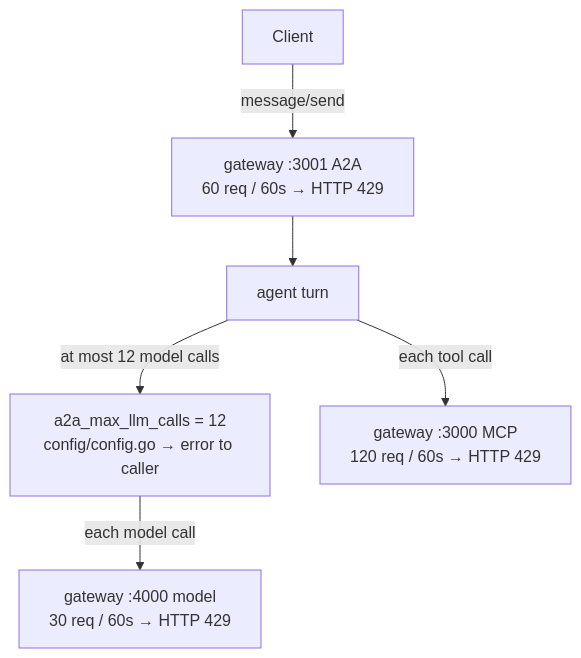
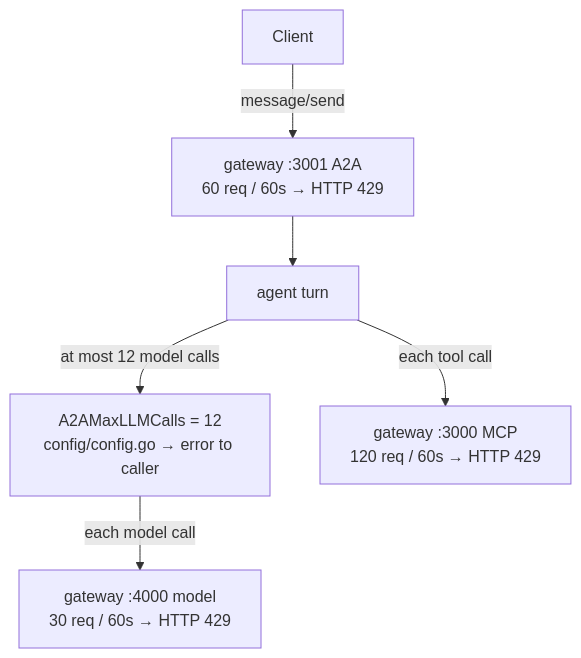
The first of 2 diagrams in content/7. Observability/7.3. Costs.md (LuiGGi629/agentops-open-course), drawn with Mermaid before and after one commit. The commit also changed other lines of this file and 16 other files, not shown here.

````diff
--- a/content/7. Observability/7.3. Costs.md
+++ b/content/7. Observability/7.3. Costs.md
@@ -72,8 +72,8 @@
 ```mermaid
 flowchart TD
   Client[Client] -->|message/send| A2A["gateway :3001 A2A<br/>60 req / 60s → HTTP 429"]
   A2A --> Agent[agent turn]
-  Agent -->|at most 12 model calls| Cap["a2a_max_llm_calls = 12<br/>config/config.go → error to caller"]
+  Agent -->|at most 12 model calls| Cap["A2AMaxLLMCalls = 12<br/>config/config.go → error to caller"]
   Cap -->|each model call| LLM["gateway :4000 model<br/>30 req / 60s → HTTP 429"]
   Agent -->|each tool call| MCP["gateway :3000 MCP<br/>120 req / 60s → HTTP 429"]
 ```
````
